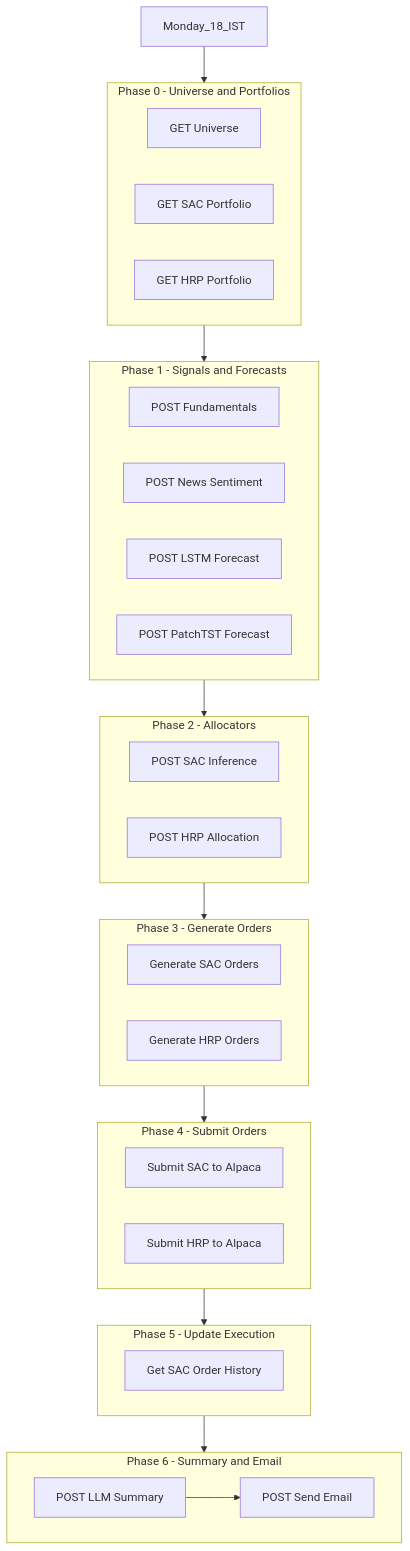
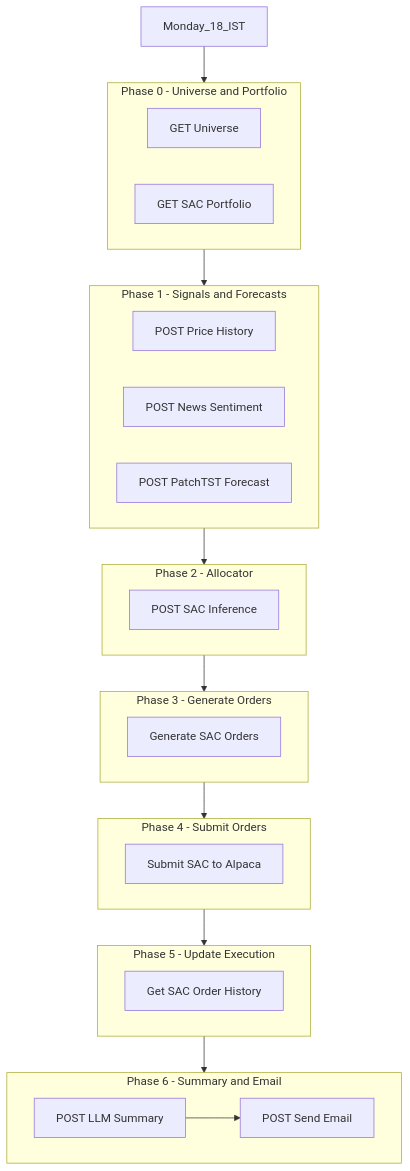
The second of 3 diagrams in README.md (hajirazin/LearnFinance-2025), drawn with Mermaid before and after one commit. The commit also changed other lines of this file and 107 other files, not shown here.

````diff
--- a/README.md
+++ b/README.md
@@ -257,53 +253,48 @@
 ```mermaid
 flowchart TD
     Trigger[Monday_18_IST] --> Phase0
 
-    subgraph Phase0[Phase 0 - Universe and Portfolios]
+    subgraph Phase0[Phase 0 - Universe and Portfolio]
         GetUniverse[GET Universe]
         GetSAC[GET SAC Portfolio]
-        GetHRP[GET HRP Portfolio]
     end
 
     Phase0 --> Phase1
 
     subgraph Phase1[Phase 1 - Signals and Forecasts]
-        Fundamentals[POST Fundamentals]
+        Prices[POST Price History]
         NewsSentiment[POST News Sentiment]
-        LSTMForecast[POST LSTM Forecast]
         PatchTSTForecast[POST PatchTST Forecast]
     end
 
     Phase1 --> Phase2
 
-    subgraph Phase2[Phase 2 - Allocators]
+    subgraph Phase2[Phase 2 - Allocator]
         SAC[POST SAC Inference]
-        HRP[POST HRP Allocation]
     end
 
     Phase2 --> Phase3
 
     subgraph Phase3[Phase 3 - Generate Orders]
         OrdersSAC[Generate SAC Orders]
-        OrdersHRP[Generate HRP Orders]
     end
 
     Phase3 --> Phase4
 
     subgraph Phase4[Phase 4 - Submit Orders]
         SubmitSAC[Submit SAC to Alpaca]
-        SubmitHRP[Submit HRP to Alpaca]
     end
 
     Phase4 --> Phase5
 
     subgraph Phase5[Phase 5 - Update Execution]
         HistorySAC[Get SAC Order History]
     end
 
     Phase5 --> Phase6
 
     subgraph Phase6[Phase 6 - Summary and Email]
         Summary[POST LLM Summary]
         Summary --> SendEmail[POST Send Email]
     end
 ```
````
